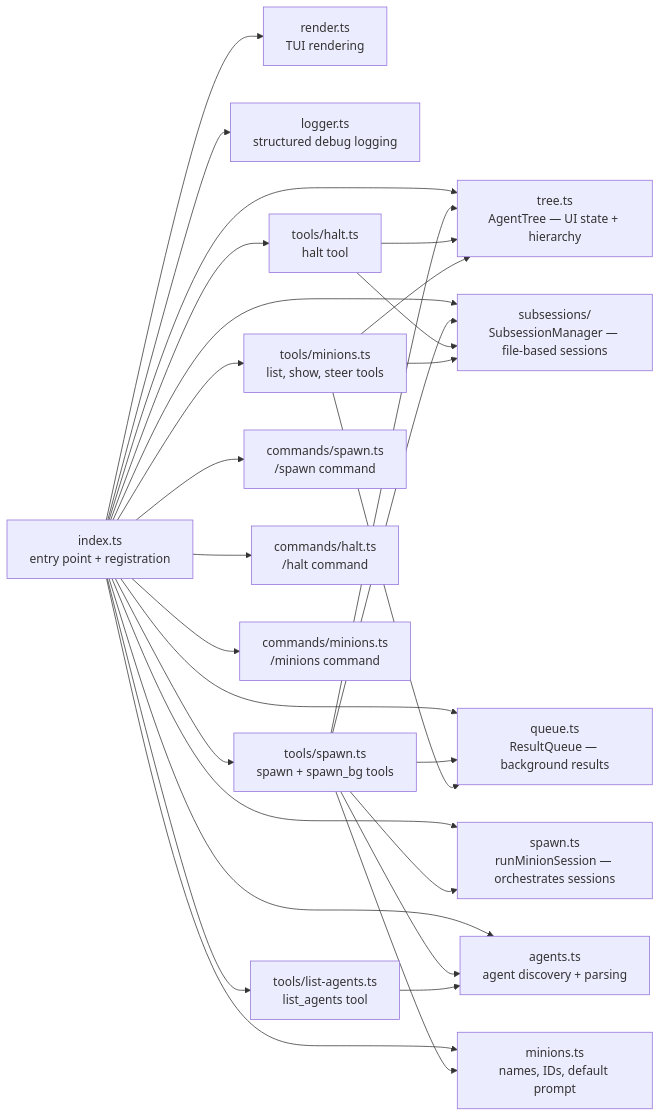
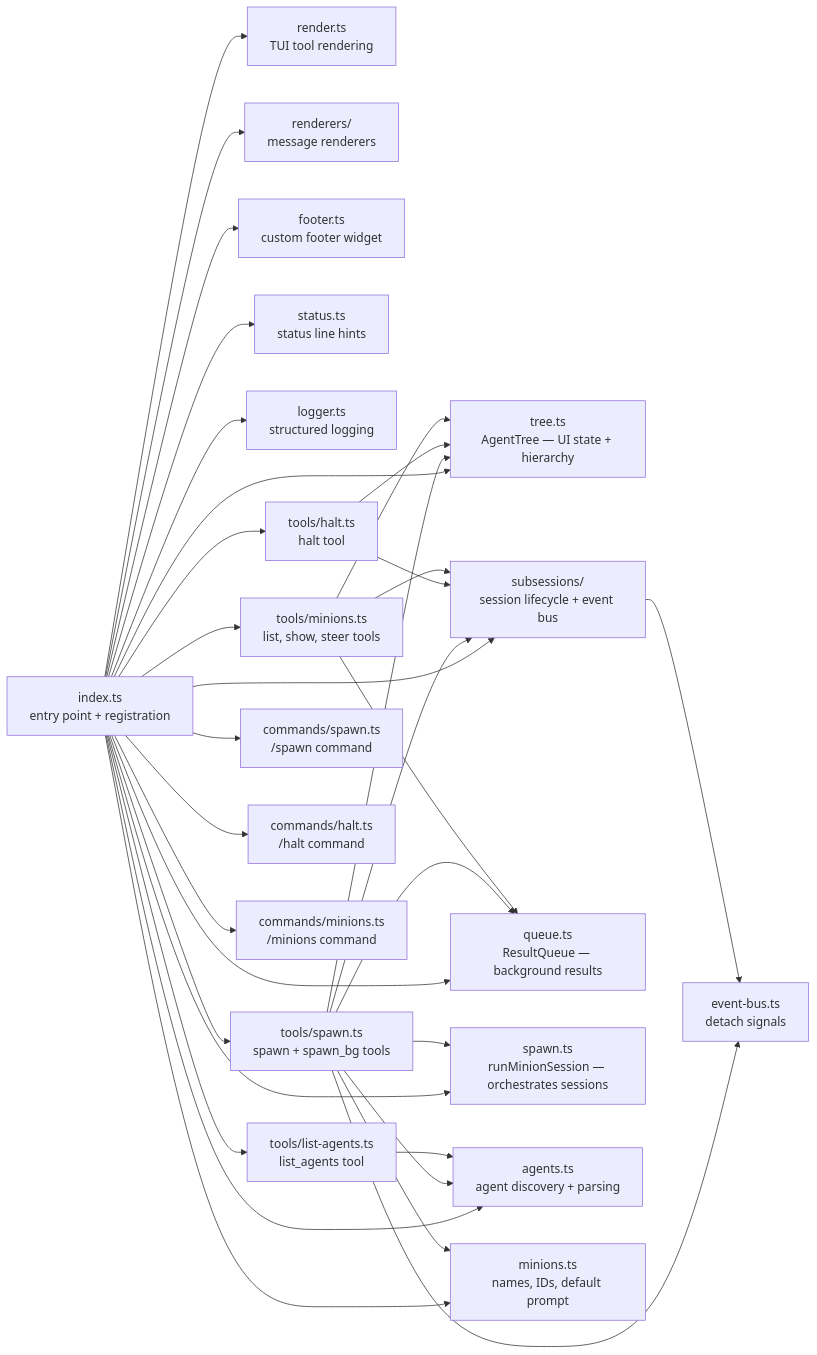
Before and after one commit to kalindudc/pi-minions: the first of 3 diagrams in docs/architecture.md, drawn with Mermaid. The commit also changed other lines of this file and 15 other files, not shown here.

First line of the commit message:
feat: add batch spawn tool with unified execution and agent type display

````diff
--- a/docs/architecture.md
+++ b/docs/architecture.md
@@ -13,36 +13,42 @@
 ```mermaid
 graph LR
     index[index.ts<br/>entry point + registration]
 
     index --> tree[tree.ts<br/>AgentTree — UI state + hierarchy]
-    index --> subsessions[subsessions/<br/>SubsessionManager — file-based sessions]
+    index --> subsessions[subsessions/<br/>session lifecycle + event bus]
     index --> queue[queue.ts<br/>ResultQueue — background results]
     index --> spawn_core[spawn.ts<br/>runMinionSession — orchestrates sessions]
     index --> agents[agents.ts<br/>agent discovery + parsing]
     index --> minions_core[minions.ts<br/>names, IDs, default prompt]
-    index --> render[render.ts<br/>TUI rendering]
-    index --> logger[logger.ts<br/>structured debug logging]
+    index --> render[render.ts<br/>TUI tool rendering]
+    index --> renderers[renderers/<br/>message renderers]
+    index --> footer[footer.ts<br/>custom footer widget]
+    index --> status[status.ts<br/>status line hints]
+    index --> logger[logger.ts<br/>structured logging]
 
     index --> tools_spawn[tools/spawn.ts<br/>spawn + spawn_bg tools]
     index --> tools_halt[tools/halt.ts<br/>halt tool]
     index --> tools_agents[tools/list-agents.ts<br/>list_agents tool]
     index --> tools_minions[tools/minions.ts<br/>list, show, steer tools]
 
     index --> cmd_spawn[commands/spawn.ts<br/>/spawn command]
     index --> cmd_halt[commands/halt.ts<br/>/halt command]
     index --> cmd_minions[commands/minions.ts<br/>/minions command]
 
     tools_spawn --> spawn_core
     tools_spawn --> agents
     tools_spawn --> minions_core
     tools_spawn --> tree
     tools_spawn --> queue
     tools_spawn --> subsessions
+    tools_spawn --> event_bus
 
     tools_halt --> tree
     tools_halt --> subsessions
     tools_minions --> tree
     tools_minions --> subsessions
     tools_minions --> queue
     tools_agents --> agents
+
+    subsessions --> event_bus[event-bus.ts<br/>detach signals]
 ```
````
